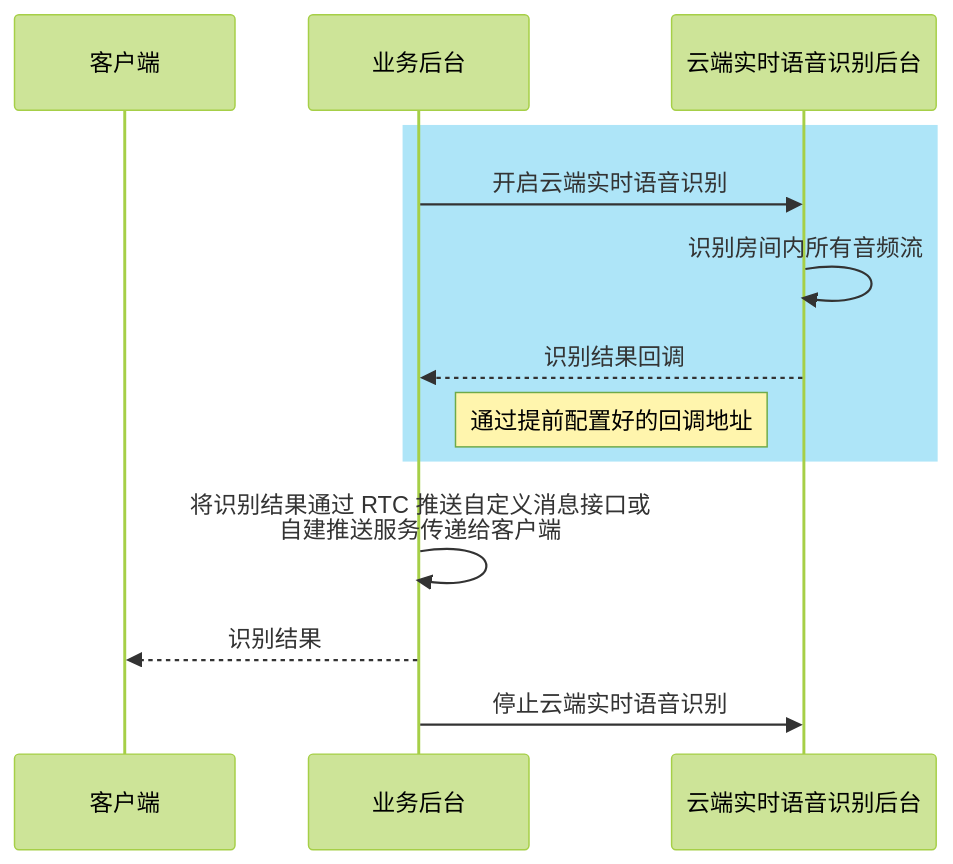
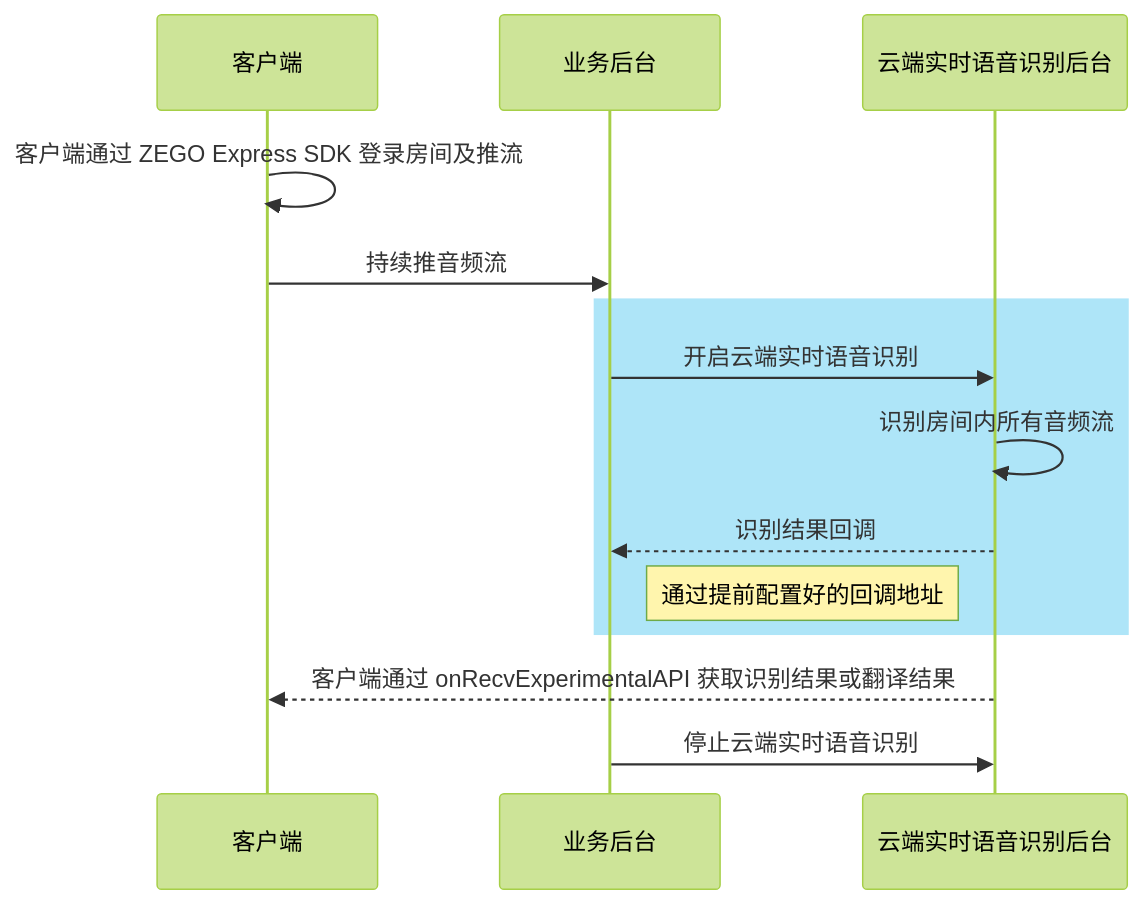
The diagram in extended_services/cloud-realtime-asr/zh/server/quick-start.mdx (ZEGOCLOUD/docs_all), drawn with Mermaid (forest theme) before and after one commit. The commit also changed other lines of this file and 10 other files, not shown here.

````diff
--- a/extended_services/cloud-realtime-asr/zh/server/quick-start.mdx
+++ b/extended_services/cloud-realtime-asr/zh/server/quick-start.mdx
@@ -11,16 +10,17 @@
 ```mermaid
 sequenceDiagram
     participant Client as 客户端
     participant Server as 业务后台
     participant ASRServer as 云端实时语音识别后台
 
+    Client->>Client: 客户端通过 ZEGO Express SDK 登录房间及推流
+    Client->>Server: 持续推音频流
     rect rgb(174, 229, 248)
         Server->>ASRServer: 开启云端实时语音识别
         ASRServer->>ASRServer: 识别房间内所有音频流
         ASRServer-->>Server: 识别结果回调
         Note right of Server: 通过提前配置好的回调地址
     end
-        Server->>Server: 将识别结果通过 RTC 推送自定义消息接口或<br/>自建推送服务传递给客户端
-        Server-->>Client: 识别结果
+        ASRServer-->>Client: 客户端通过 onRecvExperimentalAPI 获取识别结果或翻译结果
         Server->>ASRServer: 停止云端实时语音识别
 ```
````
